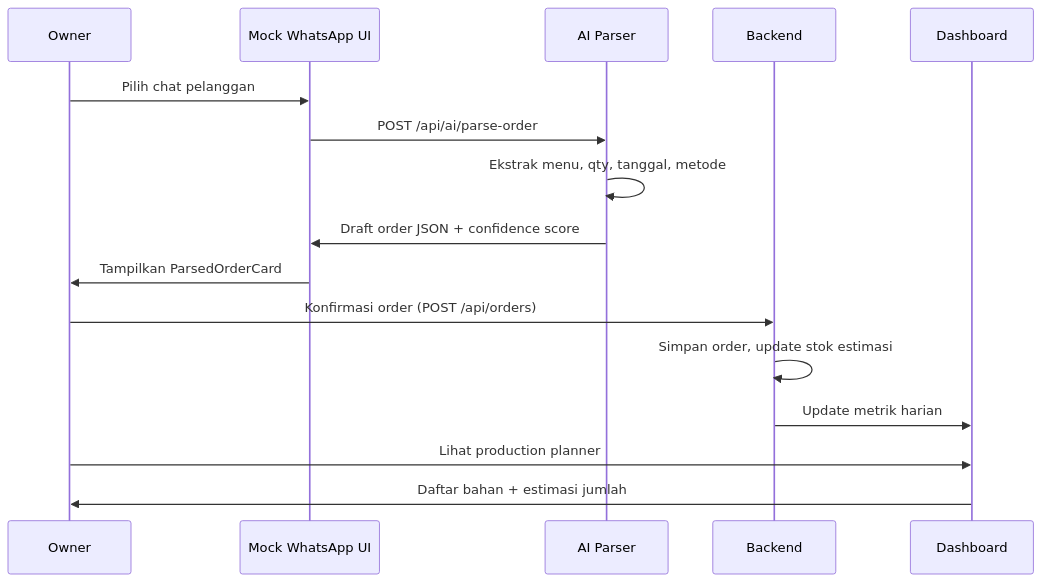
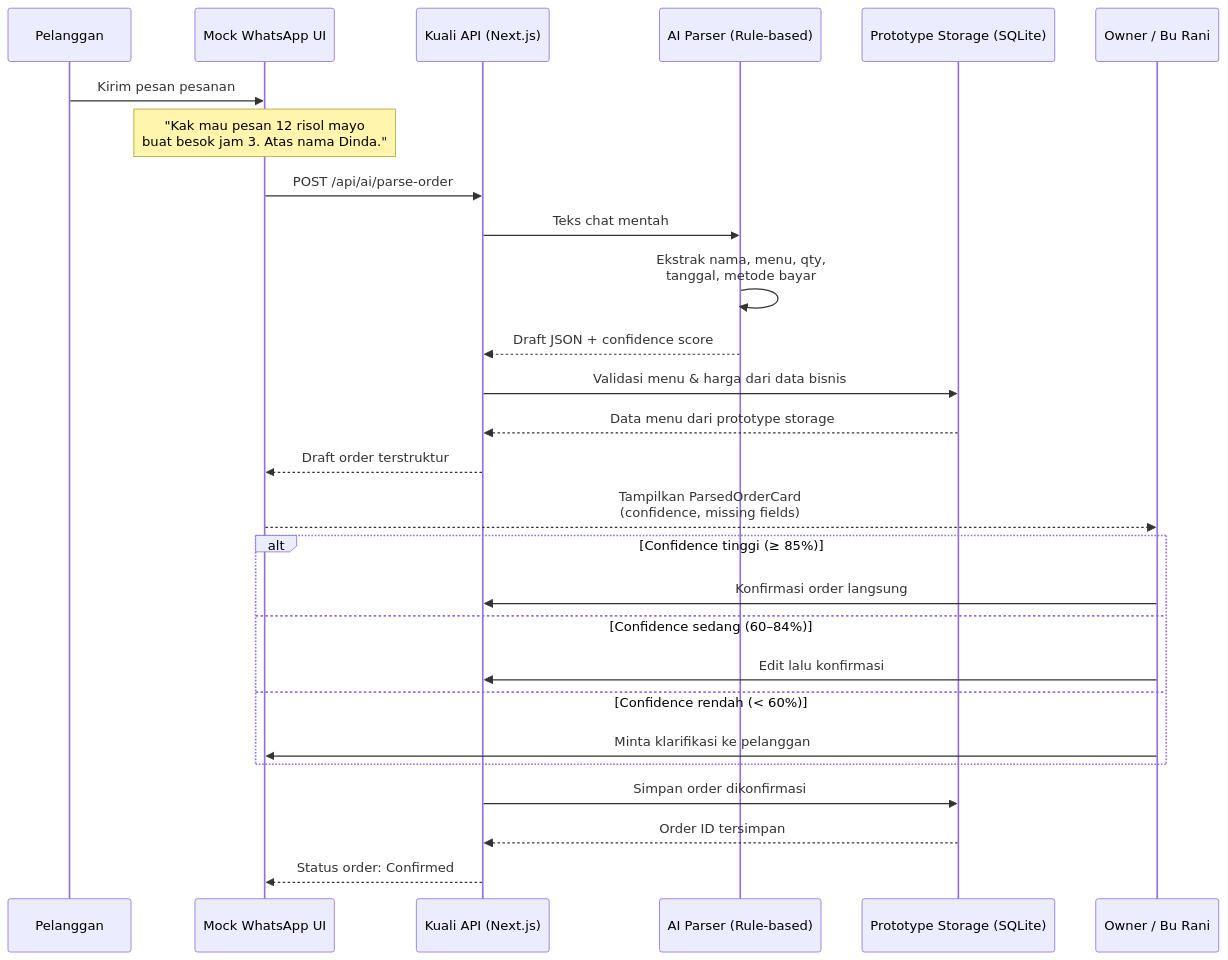
Before and after one commit to codezeros18/kuali: the second of 5 diagrams in docs/proposal/99_FINAL_PROPOSAL_SUBMISSION.md, drawn with Mermaid. The commit also changed other lines of this file and 12 other files, not shown here.

````diff
--- a/docs/proposal/99_FINAL_PROPOSAL_SUBMISSION.md
+++ b/docs/proposal/99_FINAL_PROPOSAL_SUBMISSION.md
@@ -391,19 +410,32 @@
 ```mermaid
 sequenceDiagram
-    participant Owner
+    participant Pelanggan as Pelanggan
     participant MockWA as Mock WhatsApp UI
-    participant AIParser as AI Parser
-    participant Backend
-    participant Dashboard
+    participant API as Kuali API (Next.js)
+    participant AI as AI Parser (Rule-based)
+    participant DB as Prototype Storage (SQLite)
+    participant Owner as Owner / Bu Rani
 
-    Owner->>MockWA: Pilih chat pelanggan
-    MockWA->>AIParser: POST /api/ai/parse-order
-    AIParser->>AIParser: Ekstrak menu, qty, tanggal, metode
-    AIParser->>MockWA: Draft order JSON + confidence score
-    MockWA->>Owner: Tampilkan ParsedOrderCard
-    Owner->>Backend: Konfirmasi order (POST /api/orders)
-    Backend->>Backend: Simpan order, update stok estimasi
-    Backend->>Dashboard: Update metrik harian
-    Owner->>Dashboard: Lihat production planner
-    Dashboard->>Owner: Daftar bahan + estimasi jumlah
+    Pelanggan->>MockWA: Kirim pesan pesanan
+    Note over MockWA: "Kak mau pesan 12 risol mayo<br/>buat besok jam 3. Atas nama Dinda."
+    MockWA->>API: POST /api/ai/parse-order
+    API->>AI: Teks chat mentah
+    AI->>AI: Ekstrak nama, menu, qty,<br/>tanggal, metode bayar
+    AI-->>API: Draft JSON + confidence score
+    API->>DB: Validasi menu & harga dari data bisnis
+    DB-->>API: Data menu dari prototype storage
+    API-->>MockWA: Draft order terstruktur
+    MockWA-->>Owner: Tampilkan ParsedOrderCard<br/>(confidence, missing fields)
+
+    alt Confidence tinggi (≥ 85%)
+        Owner->>API: Konfirmasi order langsung
+    else Confidence sedang (60–84%)
+        Owner->>API: Edit lalu konfirmasi
+    else Confidence rendah (< 60%)
+        Owner->>MockWA: Minta klarifikasi ke pelanggan
+    end
+
+    API->>DB: Simpan order dikonfirmasi
+    DB-->>API: Order ID tersimpan
+    API-->>MockWA: Status order: Confirmed
 ```
````
